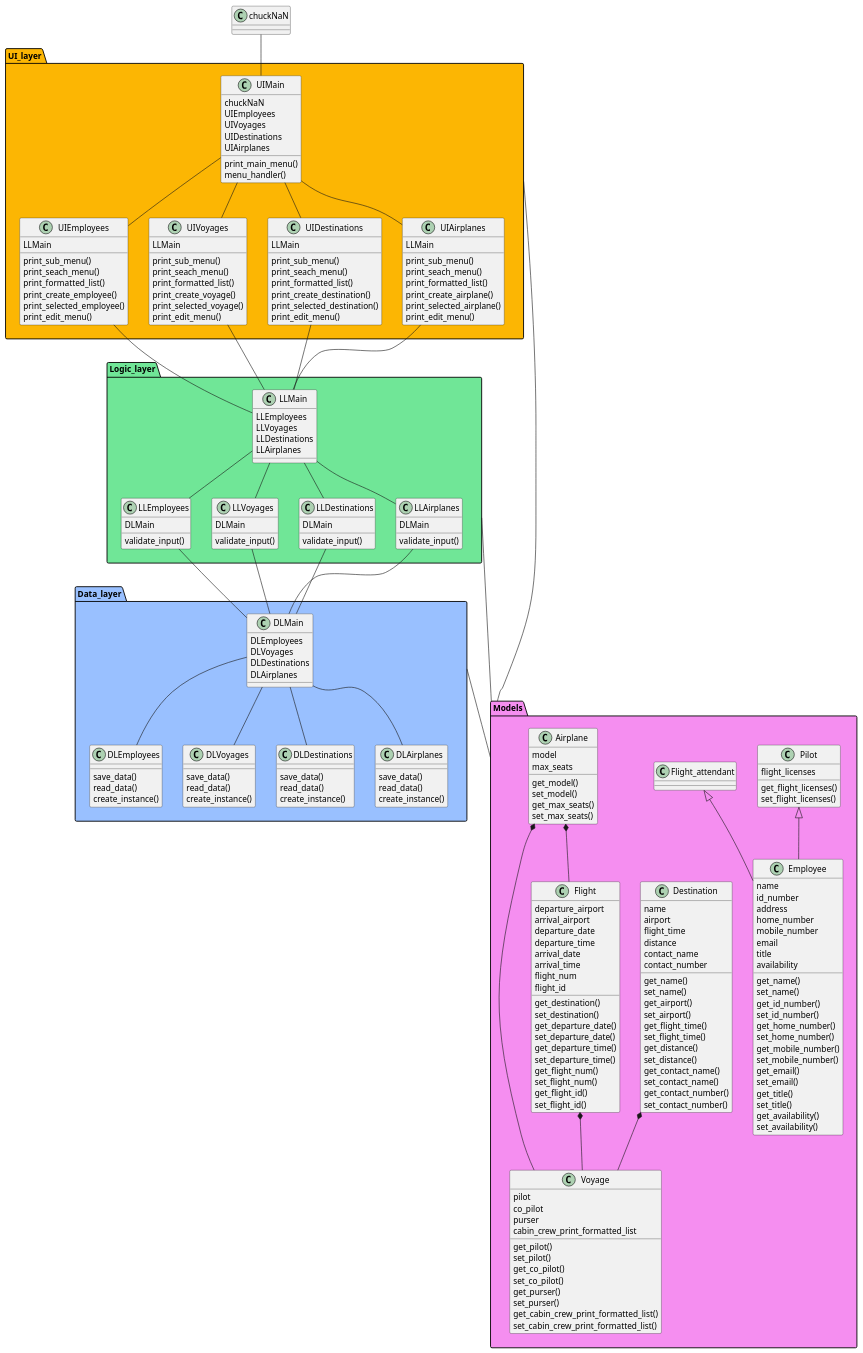
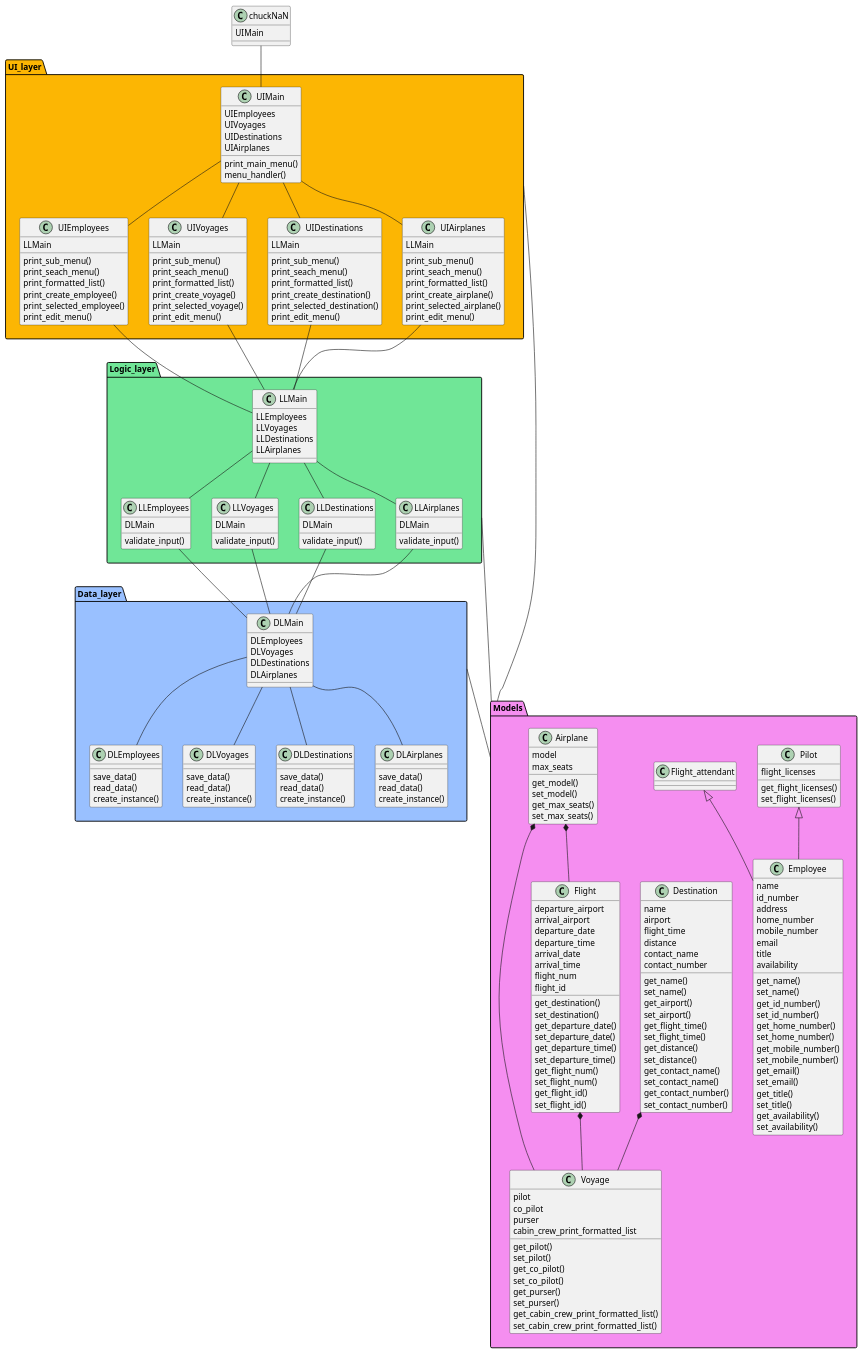
The diagram in ClassDiagram.puml (irmalexandra/vln1_chuck_nan), drawn with PlantUML before and after one commit.

Commit message:
"updated"

```diff
--- a/ClassDiagram.puml
+++ b/ClassDiagram.puml
@@ -1,6 +1,7 @@
 @startuml NaNAirlines
 
 class chuckNaN{
+  UIMain
 
 }
 
@@ -8,7 +9,6 @@
  
   chuckNaN -down- UIMain
   class UIMain{
-    chuckNaN
     UIEmployees
     UIVoyages
     UIDestinations
```
